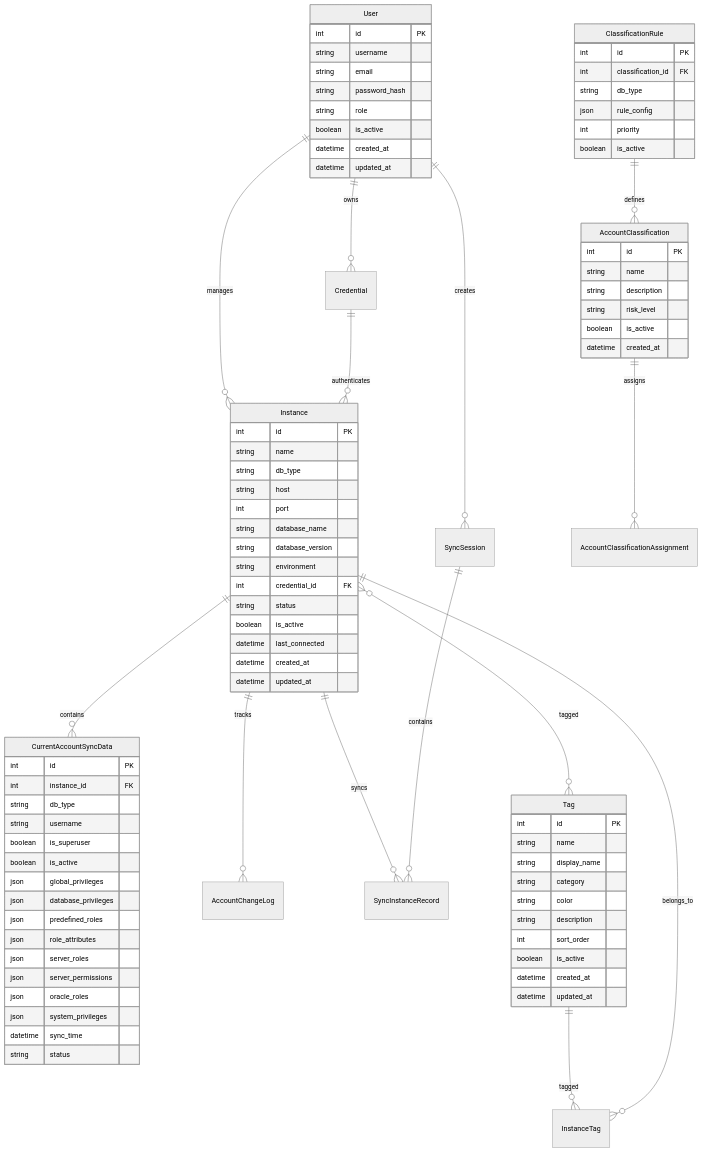
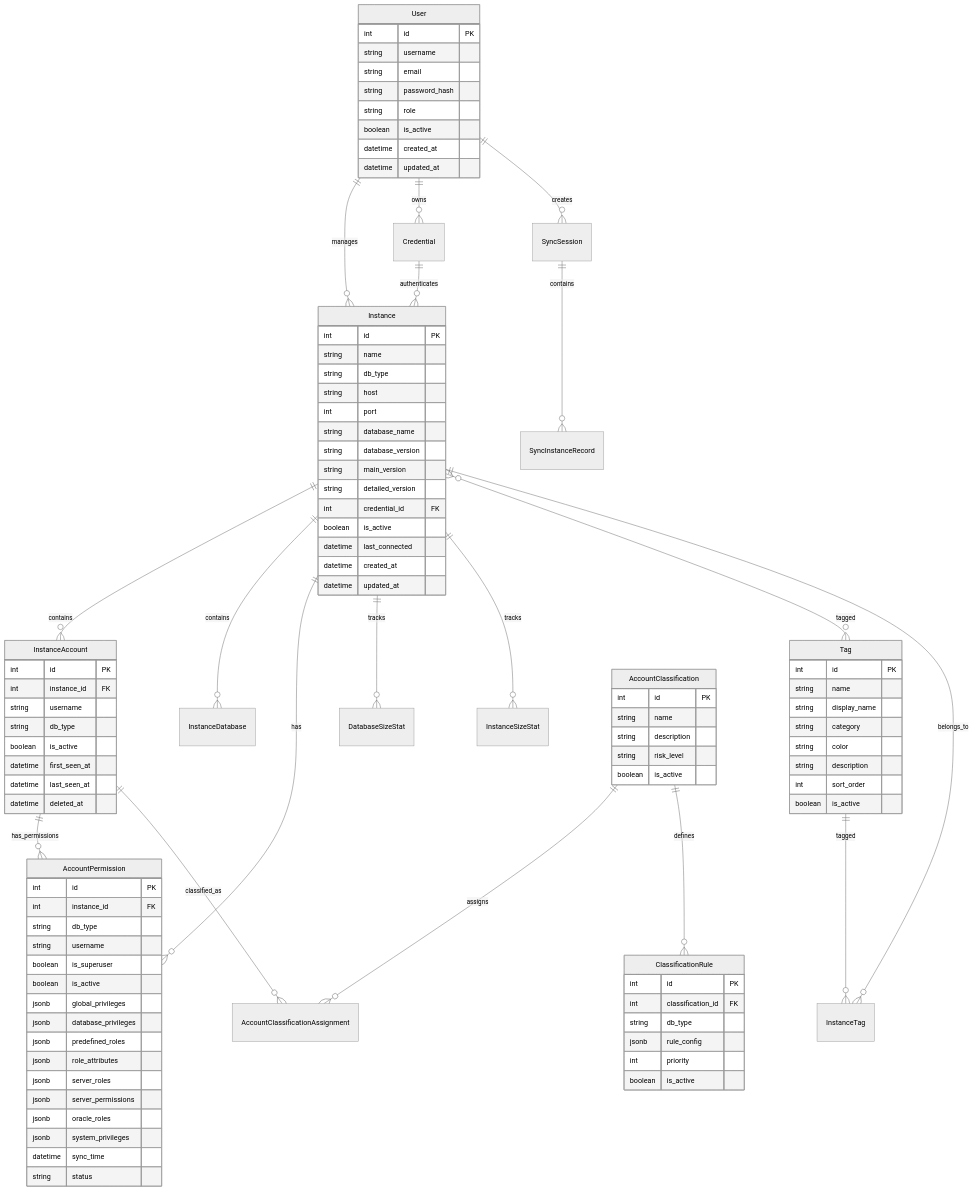
The third of 11 diagrams in docs/architecture/spec.md (nyealovey/WhaleFall), drawn with Mermaid (neutral theme) before and after one commit. The commit also changed other lines of this file and 13 other files, not shown here.

```diff
--- a/docs/architecture/spec.md
+++ b/docs/architecture/spec.md
@@ -177,15 +193,20 @@
     User ||--o{ Credential : owns
     User ||--o{ SyncSession : creates
     
-    Instance ||--o{ CurrentAccountSyncData : contains
-    Instance ||--o{ AccountChangeLog : tracks
-    Instance ||--o{ SyncInstanceRecord : syncs
+    Instance ||--o{ InstanceAccount : contains
+    Instance ||--o{ InstanceDatabase : contains
+    Instance ||--o{ AccountPermission : has
+    Instance ||--o{ DatabaseSizeStat : tracks
+    Instance ||--o{ InstanceSizeStat : tracks
     Instance }o--o{ Tag : tagged
     
     Credential ||--o{ Instance : authenticates
     
+    InstanceAccount ||--o{ AccountPermission : has_permissions
+    InstanceAccount ||--o{ AccountClassificationAssignment : classified_as
+    
     AccountClassification ||--o{ AccountClassificationAssignment : assigns
-    ClassificationRule ||--o{ AccountClassification : defines
+    AccountClassification ||--o{ ClassificationRule : defines
     
     SyncSession ||--o{ SyncInstanceRecord : contains
     
@@ -211,30 +232,41 @@
         int port
         string database_name
         string database_version
-        string environment
+        string main_version
+        string detailed_version
         int credential_id FK
-        string status
         boolean is_active
         datetime last_connected
         datetime created_at
         datetime updated_at
     }
     
-    CurrentAccountSyncData {
+    InstanceAccount {
+        int id PK
+        int instance_id FK
+        string username
+        string db_type
+        boolean is_active
+        datetime first_seen_at
+        datetime last_seen_at
+        datetime deleted_at
+    }
+    
+    AccountPermission {
         int id PK
         int instance_id FK
         string db_type
         string username
         boolean is_superuser
         boolean is_active
-        json global_privileges
-        json database_privileges
-        json predefined_roles
-        json role_attributes
-        json server_roles
-        json server_permissions
-        json oracle_roles
-        json system_privileges
+        jsonb global_privileges
+        jsonb database_privileges
+        jsonb predefined_roles
+        jsonb role_attributes
+        jsonb server_roles
+        jsonb server_permissions
+        jsonb oracle_roles
+        jsonb system_privileges
         datetime sync_time
         string status
     }
@@ -248,8 +280,6 @@
         string description
         int sort_order
         boolean is_active
-        datetime created_at
-        datetime updated_at
     }
     
     AccountClassification {
@@ -258,14 +288,13 @@
         string description
         string risk_level
         boolean is_active
-        datetime created_at
     }
     
     ClassificationRule {
         int id PK
         int classification_id FK
         string db_type
-        json rule_config
+        jsonb rule_config
         int priority
         boolean is_active
     }
```
